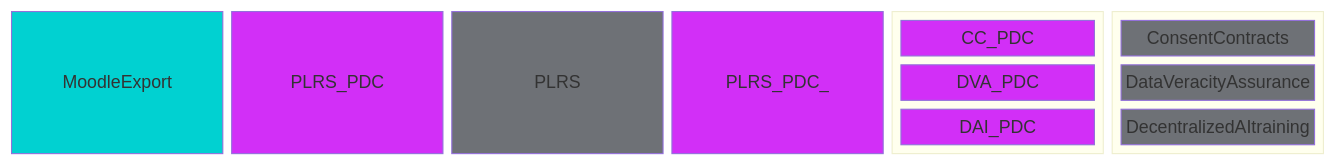
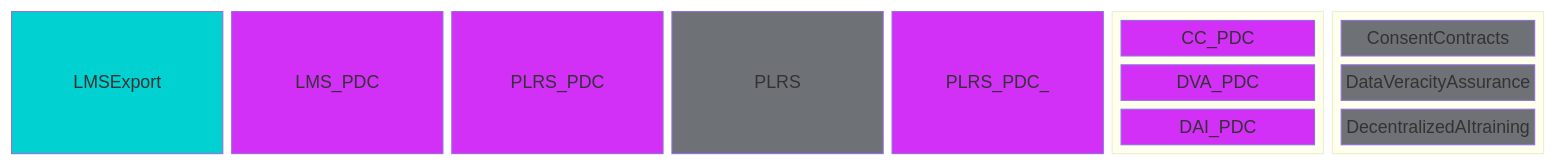
Before and after one commit to Prometheus-X-association/lrs-gateway: the first of 5 diagrams in docs/design-document.md, drawn with Mermaid. The commit also changed other lines of this file, not shown here.

````diff
--- a/docs/design-document.md
+++ b/docs/design-document.md
@@ -267,39 +264,40 @@
 ```mermaid
 
 block-beta
 
-columns 6
+columns 7
 
-MoodleExport:1 
-
+LMSExport:1 
+LMS_PDC:1 
 PLRS_PDC:1
 
 PLRS:1
 
 PLRS_PDC_:1
 
 block:group3
 columns 1
 CC_PDC DVA_PDC DAI_PDC
 end
 
 block:group4
 columns 1
 ConsentContracts DataVeracityAssurance DecentralizedAItraining
 end
 
 classDef colorA fill:#D22FF7,color:#fff
 classDef colorEx fill:#01D1D1,color:#fff
 classDef colorED fill:#6E7176,color:#fff
-class MoodleExport colorEx
+class LMSExport colorEx
 class PLRS colorED
 class EdgeComputing colorED
 class ConsentContracts colorED
 class DataVeracityAssurance colorED
 class DecentralizedAItraining colorED
 class PLRS_PDC colorA
+class LMS_PDC colorA
 class PLRS_PDC_ colorA
 class CC_PDC colorA
 class DVA_PDC colorA
 class DAI_PDC colorA
 ```
````
